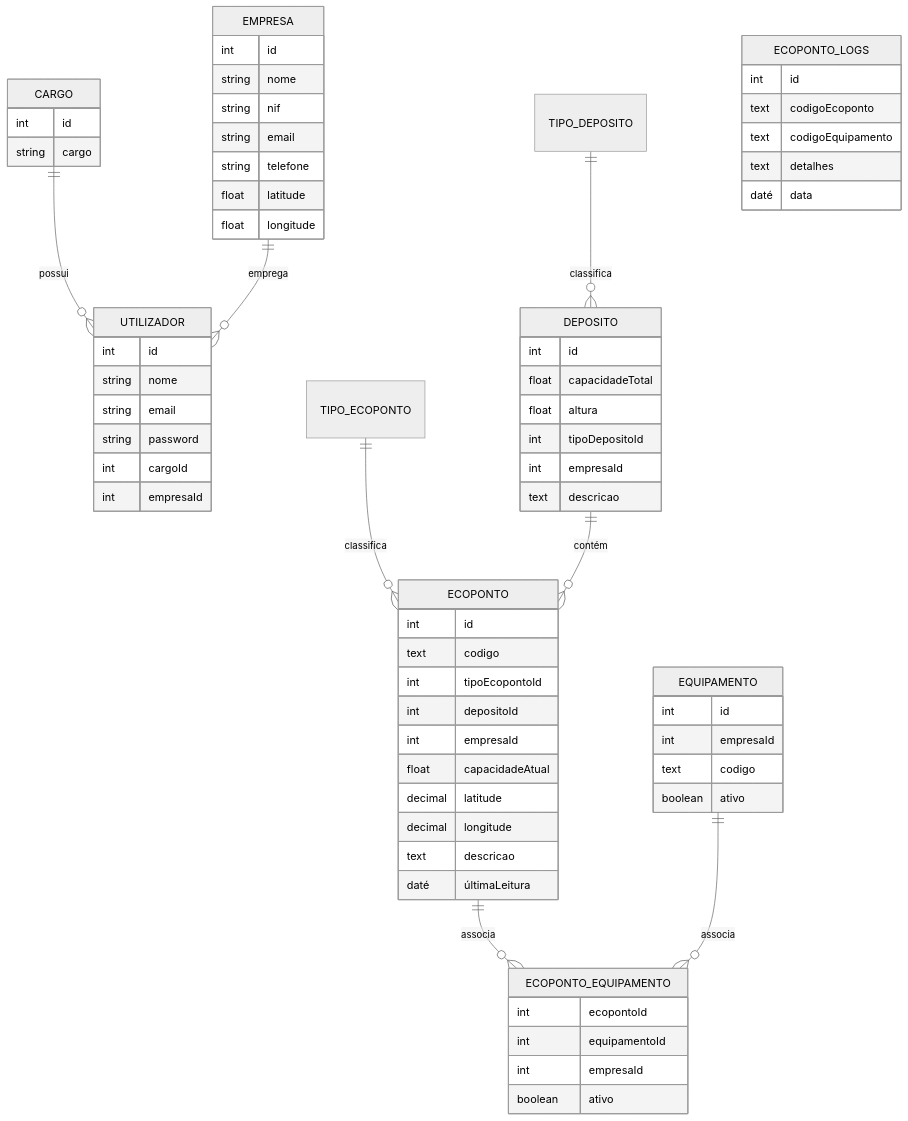
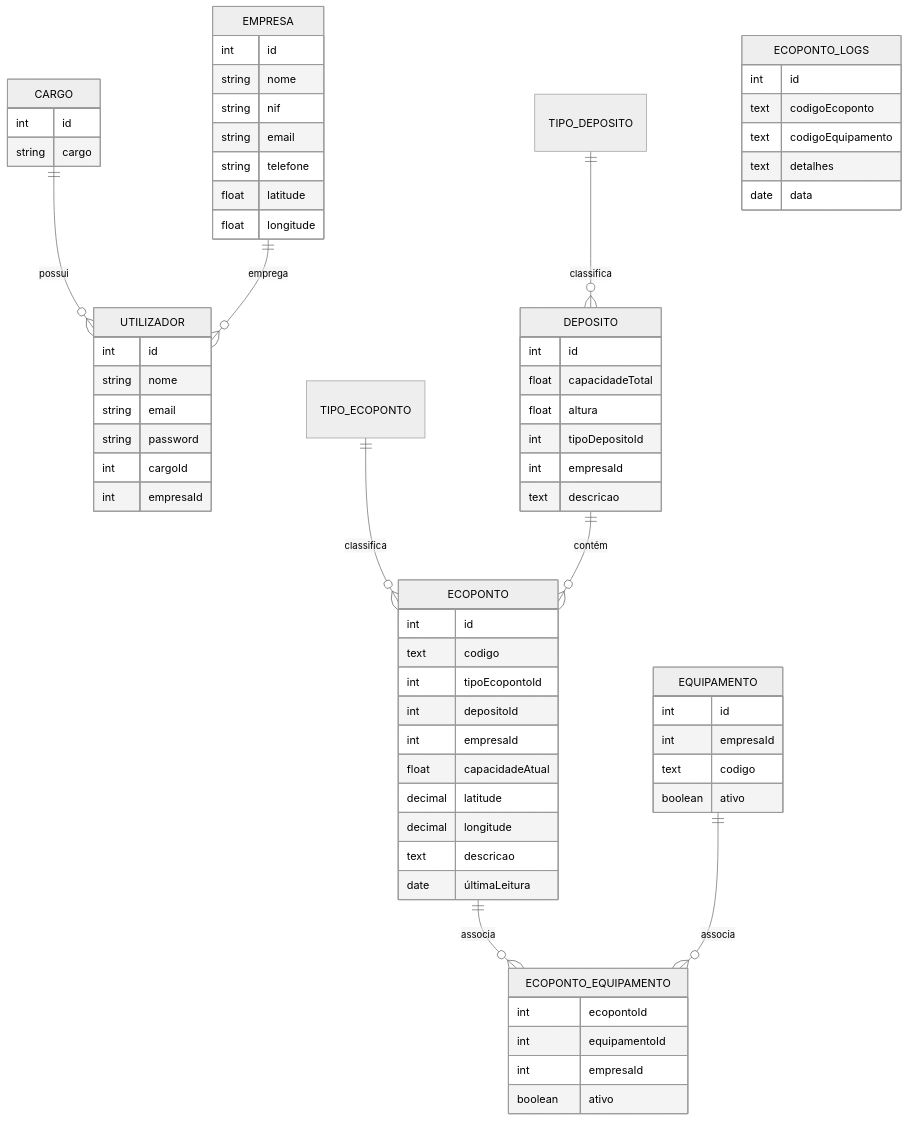
Before and after one commit to LucasAlface/PAP: the second of 2 diagrams in README.md, drawn with Mermaid (neutral theme). The commit also changed other lines of this file, not shown here.

````diff
--- a/README.md
+++ b/README.md
@@ -215,78 +186,78 @@
 ```mermaid
 erDiagram
     CARGO ||--o{ UTILIZADOR : possui
     EMPRESA ||--o{ UTILIZADOR : emprega
     TIPO_ECOPONTO ||--o{ ECOPONTO : classifica
     TIPO_DEPOSITO ||--o{ DEPOSITO : classifica
     DEPOSITO ||--o{ ECOPONTO : contém
     ECOPONTO ||--o{ ECOPONTO_EQUIPAMENTO : associa
     EQUIPAMENTO ||--o{ ECOPONTO_EQUIPAMENTO : associa
 
     CARGO {
       int id
       string cargo
     }
 
     UTILIZADOR {
       int id
       string nome
       string email
       string password
       int cargoId
       int empresaId
     }
 
     EMPRESA {
       int id
       string nome
       string nif
       string email
       string telefone
       float latitude
       float longitude
     }
 
     ECOPONTO {
       int id
       text codigo
       int tipoEcopontoId
       int depositoId
       int empresaId
       float capacidadeAtual
       decimal latitude
       decimal longitude
       text descricao
-      daté últimaLeitura
+      date últimaLeitura
     }
 
     DEPOSITO {
       int id
       float capacidadeTotal
       float altura
       int tipoDepositoId
       int empresaId
       text descricao
     }
 
     EQUIPAMENTO {
       int id
       int empresaId
       text codigo
       boolean ativo
     }
 
     ECOPONTO_EQUIPAMENTO {
       int ecopontoId
       int equipamentoId
       int empresaId
       boolean ativo
     }
 
     ECOPONTO_LOGS {
       int id
       text codigoEcoponto
       text codigoEquipamento
       text detalhes
-      daté data
+      date data
     }
 ```
````
